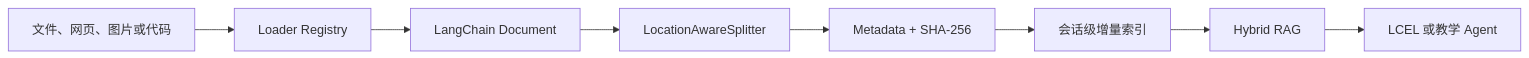
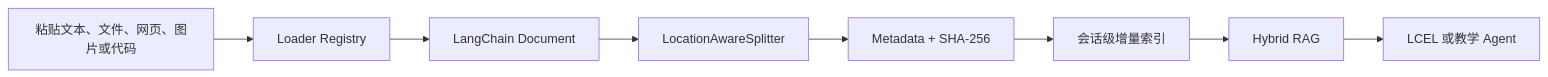
Before and after one commit to gtfy12345/learning-coach: the second of 9 diagrams in README.md, drawn with Mermaid. The commit also changed other lines of this file and 28 other files, not shown here.

````diff
--- a/README.md
+++ b/README.md
@@ -250,10 +250,10 @@
 ```mermaid
 flowchart LR
-    I[文件、网页、图片或代码] --> L[Loader Registry]
+    I[粘贴文本、文件、网页、图片或代码] --> L[Loader Registry]
     L --> D[LangChain Document]
     D --> S[LocationAwareSplitter]
     S --> H[Metadata + SHA-256]
     H --> X[会话级增量索引]
     X --> R[Hybrid RAG]
     R --> T[LCEL 或教学 Agent]
 ```
````
